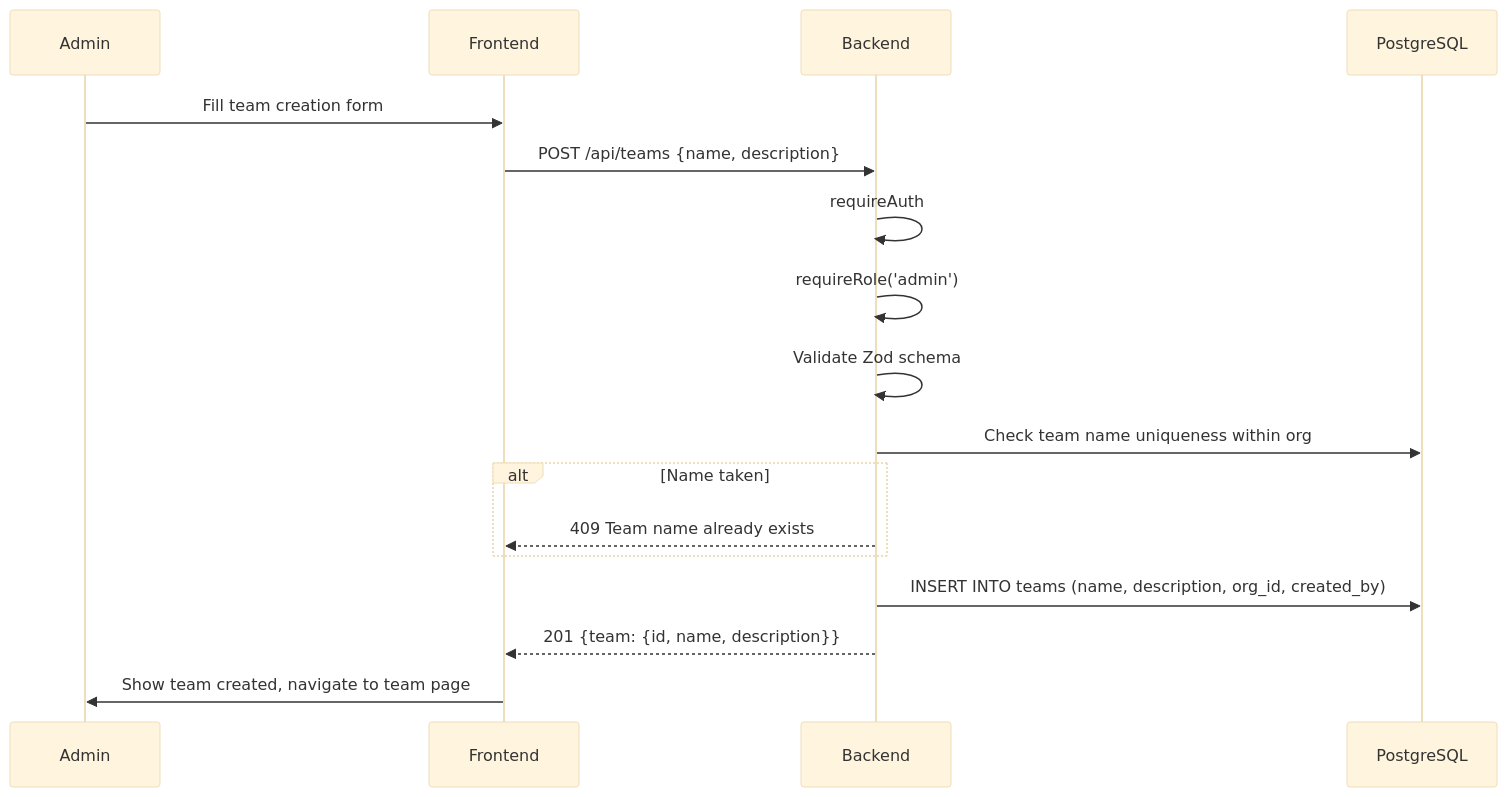
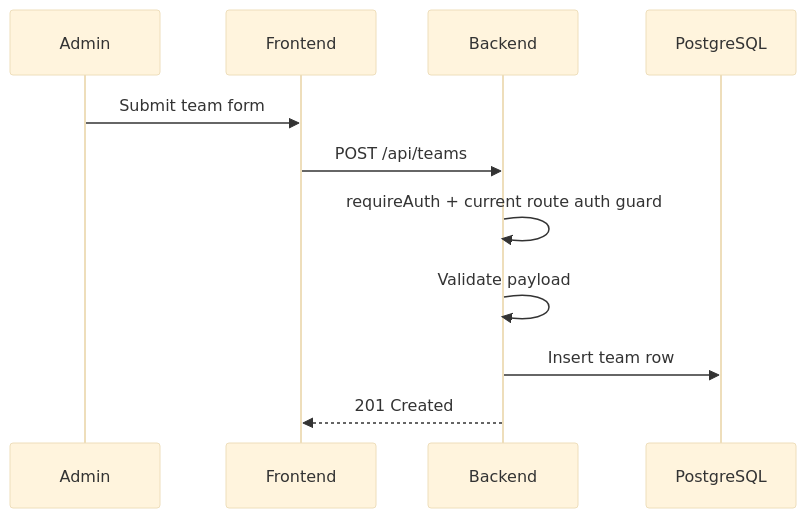
Before and after one commit to b-knowledge-solution/b-knowledge: the second of 5 diagrams in docs/detail-design/user-team/team-management-detail.md, drawn with Mermaid (base theme). The commit also changed other lines of this file and 2 other files, not shown here.

First line of the commit message:
docs(09-04): rewrite user and team permission flows

````diff
--- a/docs/detail-design/user-team/team-management-detail.md
+++ b/docs/detail-design/user-team/team-management-detail.md
@@ -23,23 +35,14 @@
 ```mermaid
 sequenceDiagram
     participant Admin
-    participant Frontend
-    participant Backend
+    participant FE as Frontend
+    participant BE as Backend
     participant DB as PostgreSQL
 
-    Admin->>Frontend: Fill team creation form
-    Frontend->>Backend: POST /api/teams {name, description}
-
-    Backend->>Backend: requireAuth
-    Backend->>Backend: requireRole('admin')
-    Backend->>Backend: Validate Zod schema
-
-    Backend->>DB: Check team name uniqueness within org
-    alt Name taken
-        Backend-->>Frontend: 409 Team name already exists
-    end
-
-    Backend->>DB: INSERT INTO teams (name, description, org_id, created_by)
-    Backend-->>Frontend: 201 {team: {id, name, description}}
-    Frontend->>Admin: Show team created, navigate to team page
+    Admin->>FE: Submit team form
+    FE->>BE: POST /api/teams
+    BE->>BE: requireAuth + current route auth guard
+    BE->>BE: Validate payload
+    BE->>DB: Insert team row
+    BE-->>FE: 201 Created
 ```
````
